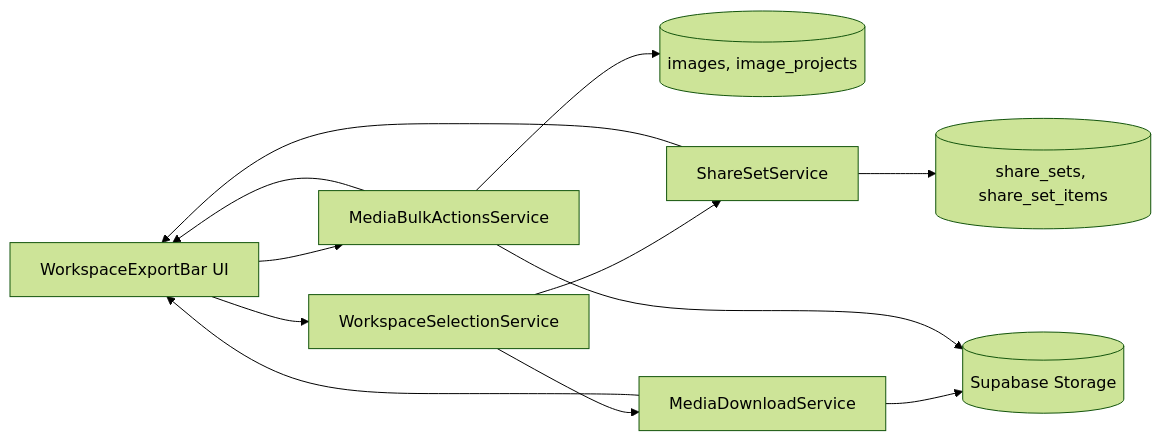
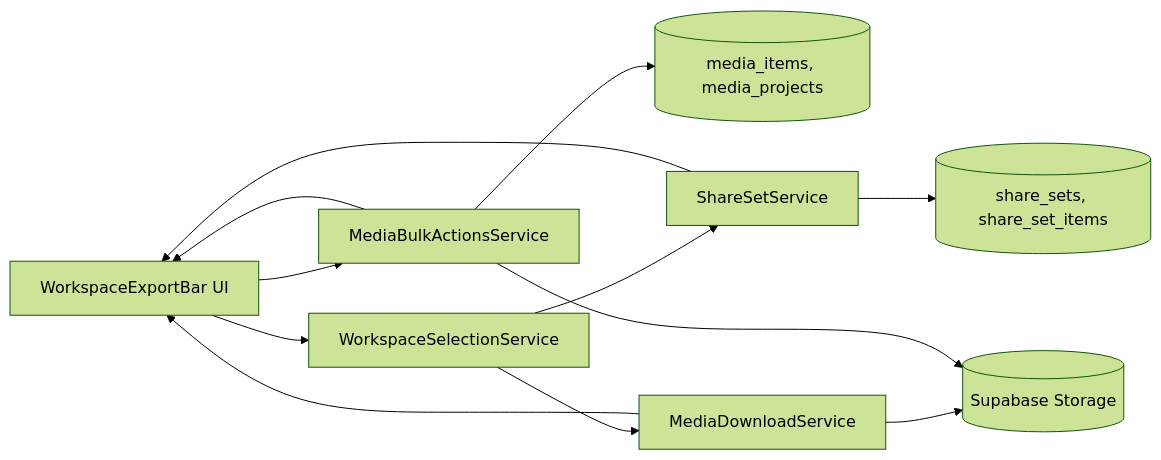
One commit to matkleve/feldpost changed the first of 3 diagrams in docs/specs/ui/workspace/workspace-actions-bar.md. Above: the diagram before and after it, drawn with Mermaid (forest theme). The commit also changed other lines of this file and 26 other files, not shown here.

First line of the commit message:
refactor: update terminology from 'images' to 'media items' across documentation

````diff
--- a/docs/specs/ui/workspace/workspace-actions-bar.md
+++ b/docs/specs/ui/workspace/workspace-actions-bar.md
@@ -108,14 +108,14 @@
 ```mermaid
 flowchart LR
   UI[WorkspaceExportBar UI] --> WS[WorkspaceSelectionService]
   UI --> MB[MediaBulkActionsService]
-  MB --> DBI[(images, image_projects)]
+  MB --> DBI[(media_items, media_projects)]
   WS --> SS[ShareSetService]
   SS --> DB[(share_sets, share_set_items)]
   WS --> ZE[MediaDownloadService]
   ZE --> ST[(Supabase Storage)]
   MB --> ST
   SS --> UI
   MB --> UI
   ZE --> UI
 ```
````
